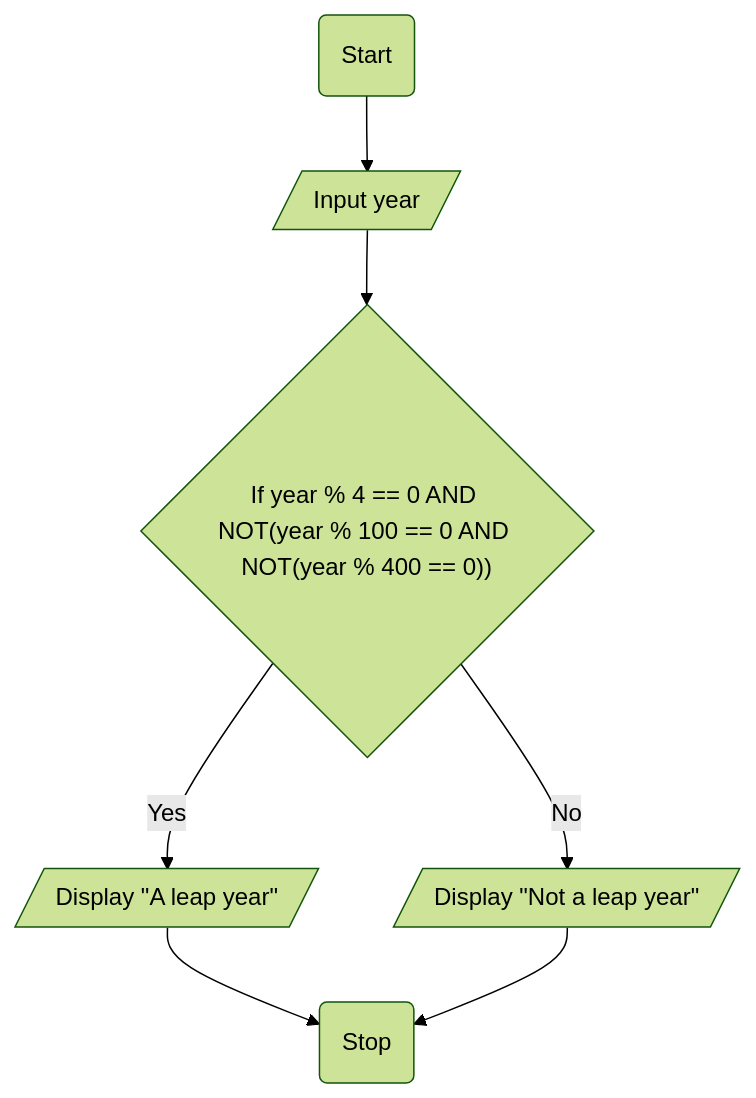
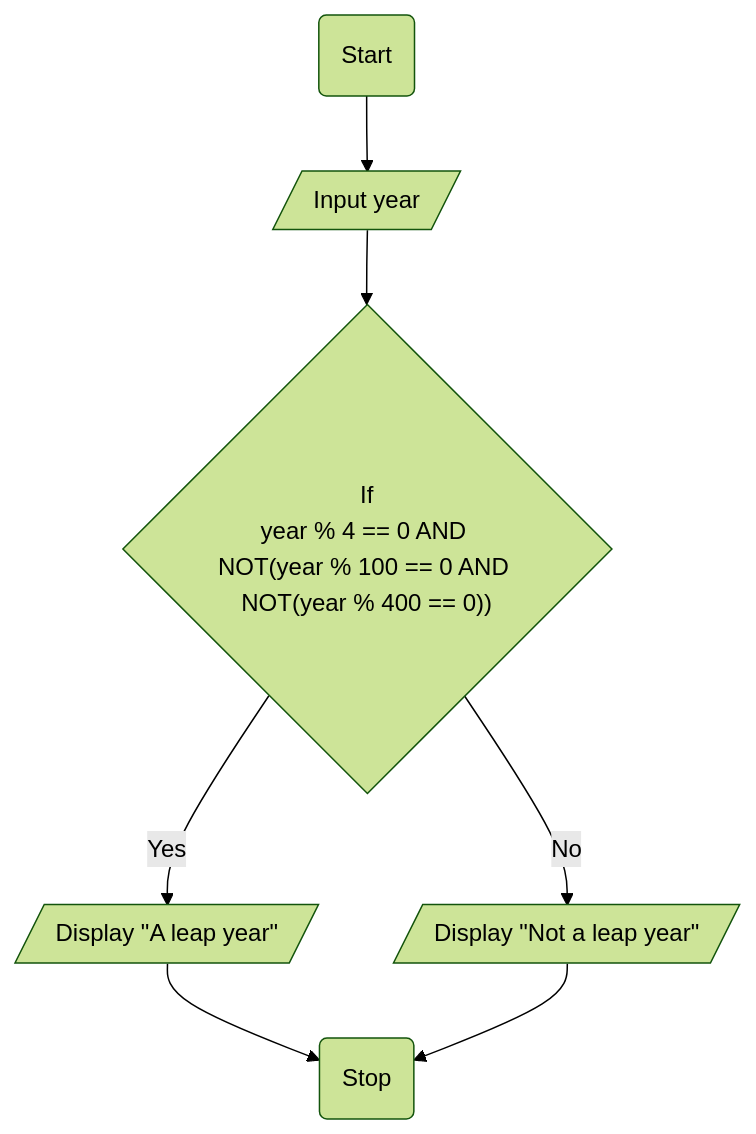
The second of 8 diagrams in README.md (jayani-athukorala/java-fundamentals-exercise), drawn with Mermaid (forest theme) before and after one commit. The commit also changed other lines of this file, not shown here.

Commit message:
Modification to Q8 flowchart

````diff
--- a/README.md
+++ b/README.md
@@ -76,9 +76,9 @@
 ```mermaid
 flowchart TD
     A(Start) --> B[/Input year/]
-    B --> C{"If year % 4 == 0 AND NOT(year % 100 == 0 AND NOT(year % 400 == 0))"}
+    B --> C{"If<br>year % 4 == 0 AND NOT(year % 100 == 0 AND NOT(year % 400 == 0))"}
     C -- Yes --> D[/Display "A leap year"/]
     C -- No --> E[/Display "Not a leap year"/]
     D --> F(Stop)
     E --> F
 ```
````
